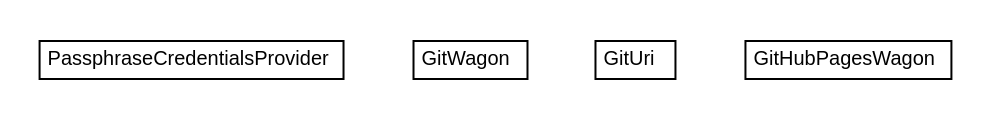
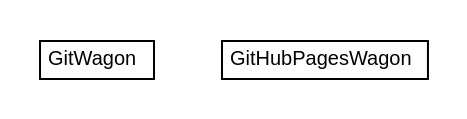
Before and after one commit to trajano/wagon-git: the diagram in apidocs/net/trajano/wagon/git/net.trajano.wagon.git.dot, drawn with Graphviz. The commit also changed 109 other files, not shown here.

Commit message:
wagon-git commit

```diff
--- a/apidocs/net/trajano/wagon/git/net.trajano.wagon.git.dot
+++ b/apidocs/net/trajano/wagon/git/net.trajano.wagon.git.dot
@@ -1,36 +1,24 @@
 #!/usr/local/bin/dot
 #
 # Class diagram 
 # Generated by UMLGraph version R5_6-24-gf6e263 (http://www.umlgraph.org/)
 #
 
 digraph G {
 	edge [fontname="arial",fontsize=10,labelfontname="arial",labelfontsize=10];
 	node [fontname="arial",fontsize=10,shape=plaintext];
 	nodesep=0.25;
 	ranksep=0.5;
-	// net.trajano.wagon.git.PassphraseCredentialsProvider
-	c0 [label=<<table title="net.trajano.wagon.git.PassphraseCredentialsProvider" border="0" cellborder="1" cellspacing="0" cellpadding="2" port="p" href="./PassphraseCredentialsProvider.html">
-		<tr><td><table border="0" cellspacing="0" cellpadding="1">
-<tr><td align="center" balign="center"> PassphraseCredentialsProvider </td></tr>
-		</table></td></tr>
-		</table>>, URL="./PassphraseCredentialsProvider.html", fontname="arial", fontcolor="black", fontsize=10.0];
 	// net.trajano.wagon.git.GitWagon
-	c1 [label=<<table title="net.trajano.wagon.git.GitWagon" border="0" cellborder="1" cellspacing="0" cellpadding="2" port="p" href="./GitWagon.html">
+	c0 [label=<<table title="net.trajano.wagon.git.GitWagon" border="0" cellborder="1" cellspacing="0" cellpadding="2" port="p" href="./GitWagon.html">
 		<tr><td><table border="0" cellspacing="0" cellpadding="1">
 <tr><td align="center" balign="center"> GitWagon </td></tr>
 		</table></td></tr>
 		</table>>, URL="./GitWagon.html", fontname="arial", fontcolor="black", fontsize=10.0];
-	// net.trajano.wagon.git.GitUri
-	c2 [label=<<table title="net.trajano.wagon.git.GitUri" border="0" cellborder="1" cellspacing="0" cellpadding="2" port="p" href="./GitUri.html">
-		<tr><td><table border="0" cellspacing="0" cellpadding="1">
-<tr><td align="center" balign="center"> GitUri </td></tr>
-		</table></td></tr>
-		</table>>, URL="./GitUri.html", fontname="arial", fontcolor="black", fontsize=10.0];
 	// net.trajano.wagon.git.GitHubPagesWagon
-	c3 [label=<<table title="net.trajano.wagon.git.GitHubPagesWagon" border="0" cellborder="1" cellspacing="0" cellpadding="2" port="p" href="./GitHubPagesWagon.html">
+	c1 [label=<<table title="net.trajano.wagon.git.GitHubPagesWagon" border="0" cellborder="1" cellspacing="0" cellpadding="2" port="p" href="./GitHubPagesWagon.html">
 		<tr><td><table border="0" cellspacing="0" cellpadding="1">
 <tr><td align="center" balign="center"> GitHubPagesWagon </td></tr>
 		</table></td></tr>
 		</table>>, URL="./GitHubPagesWagon.html", fontname="arial", fontcolor="black", fontsize=10.0];
 }
```
